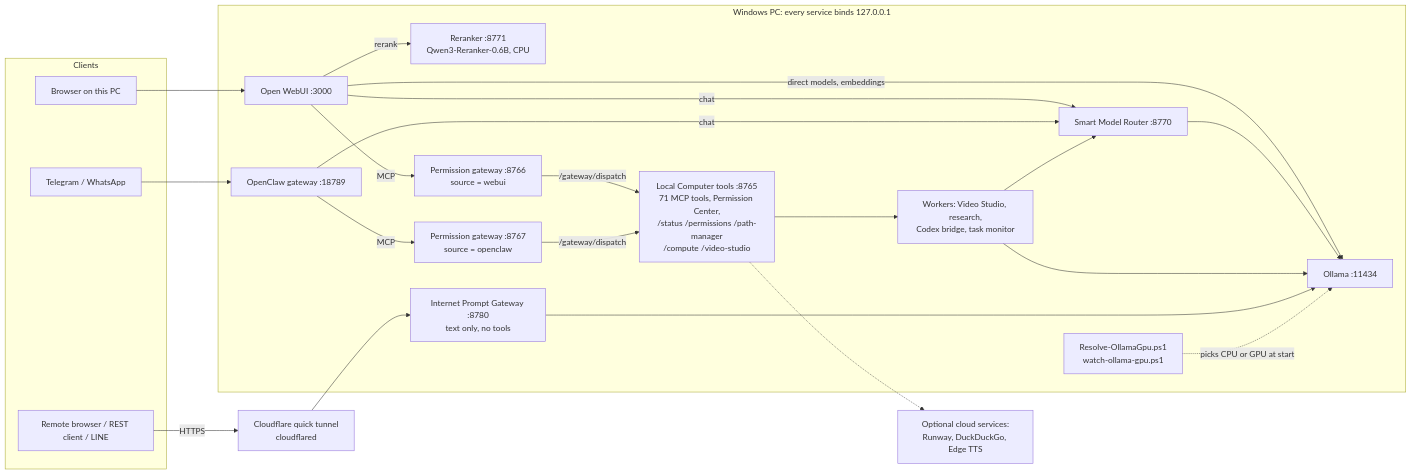
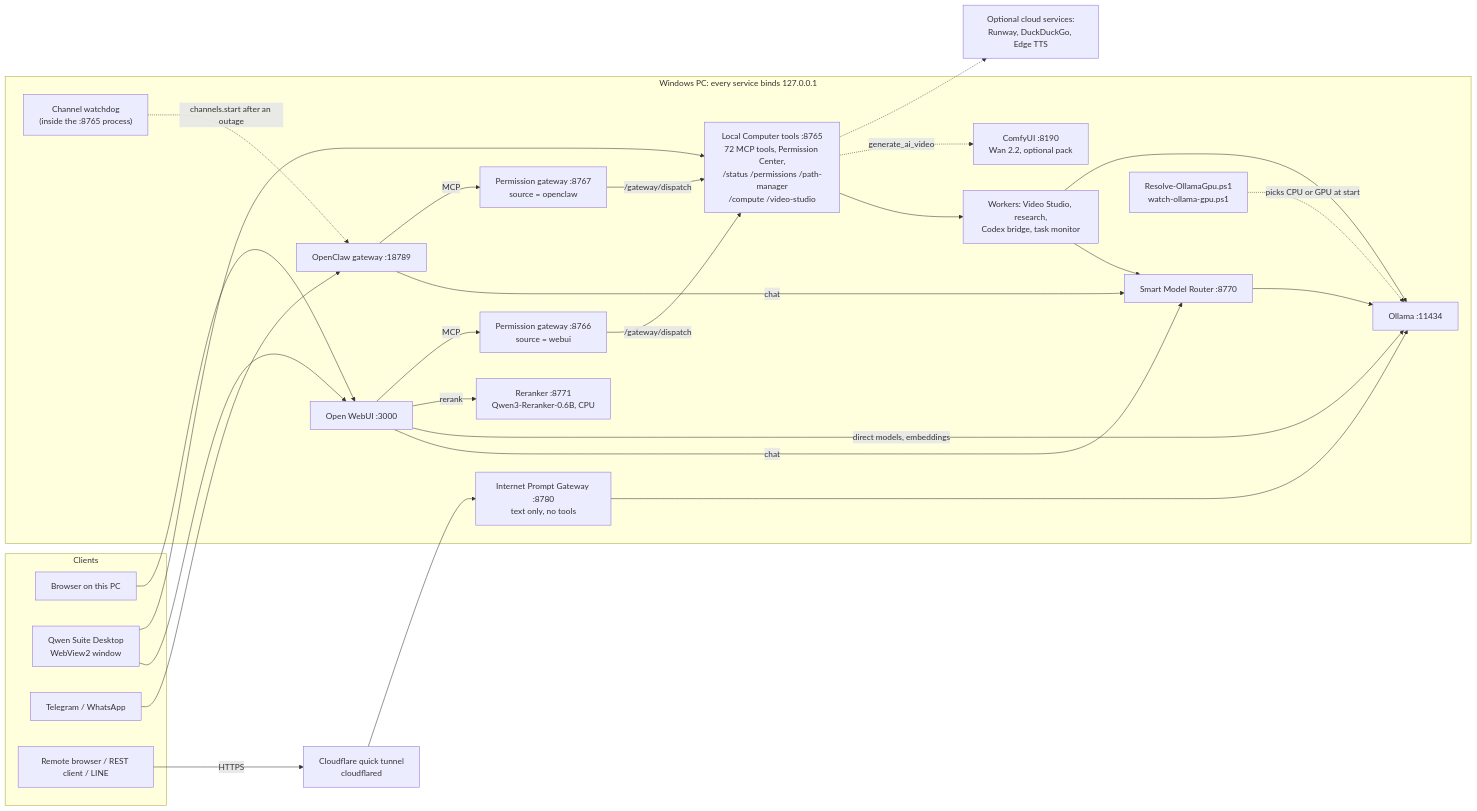
One commit to SukritJaAIproject/Qwen-Suite changed the diagram in .github/README.md. Above: the diagram before and after it, drawn with Mermaid. The commit also changed other lines of this file and 2 other files, not shown here.

````diff
--- a/.github/README.md
+++ b/.github/README.md
@@ -188,43 +259,50 @@
 ```mermaid
 flowchart LR
   subgraph Clients
     B["Browser on this PC"]
+    D["Qwen Suite Desktop<br/>WebView2 window"]
     TG["Telegram / WhatsApp"]
     NET["Remote browser / REST client / LINE"]
   end
 
   subgraph PC["Windows PC: every service binds 127.0.0.1"]
     WUI["Open WebUI :3000"]
     OC["OpenClaw gateway :18789"]
     R["Smart Model Router :8770"]
     RR["Reranker :8771<br/>Qwen3-Reranker-0.6B, CPU"]
     O["Ollama :11434"]
     F1["Permission gateway :8766<br/>source = webui"]
     F2["Permission gateway :8767<br/>source = openclaw"]
-    LT["Local Computer tools :8765<br/>71 MCP tools, Permission Center,<br/>/status /permissions /path-manager<br/>/compute /video-studio"]
+    LT["Local Computer tools :8765<br/>72 MCP tools, Permission Center,<br/>/status /permissions /path-manager<br/>/compute /video-studio"]
+    CW["Channel watchdog<br/>(inside the :8765 process)"]
     W["Workers: Video Studio, research,<br/>Codex bridge, task monitor"]
+    CU["ComfyUI :8190<br/>Wan 2.2, optional pack"]
     IG["Internet Prompt Gateway :8780<br/>text only, no tools"]
     GPU["Resolve-OllamaGpu.ps1<br/>watch-ollama-gpu.ps1"]
   end
 
   CF["Cloudflare quick tunnel<br/>cloudflared"]
   EXT["Optional cloud services:<br/>Runway, DuckDuckGo, Edge TTS"]
 
   B --> WUI
+  D --> WUI
+  D --> LT
   WUI -->|chat| R
   WUI -->|direct models, embeddings| O
   WUI -->|rerank| RR
   WUI -->|MCP| F1
   TG --> OC
   OC -->|chat| R
   OC -->|MCP| F2
   F1 -->|/gateway/dispatch| LT
   F2 -->|/gateway/dispatch| LT
   R --> O
   LT --> W
+  LT -.->|generate_ai_video| CU
+  CW -.->|channels.start after an outage| OC
   W --> R
   W --> O
   LT -.-> EXT
   NET -->|HTTPS| CF --> IG --> O
   GPU -.->|picks CPU or GPU at start| O
 ```
````
